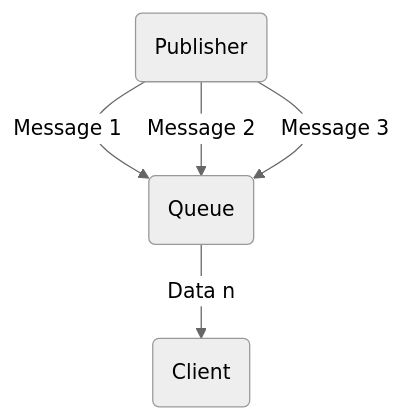
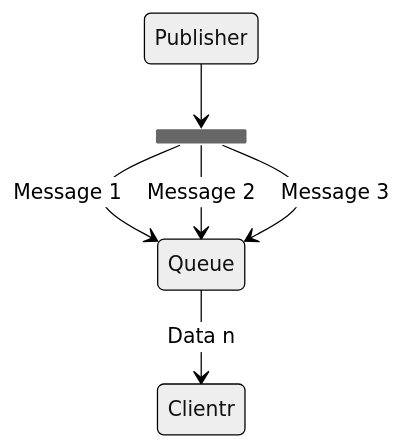
One commit to kanbanyte/sepa changed the third of 4 diagrams in assessments/sadrr.md. Above: the diagram before and after it, drawn with Mermaid (neutral theme).

Commit message:
Change diagram to sugesstion 2

````diff
--- a/assessments/sadrr.md
+++ b/assessments/sadrr.md
@@ -350,13 +350,15 @@
 ```mermaid
-flowchart TB
+stateDiagram
 	%% nodes
-	P(Publisher)
-	Q(Queue)
-	C(Client)
-
+	state "Publisher" as P
+	state "Queue" as Q
+	state "Clientr" as C
+	state fork <<fork>>
+	
 	%% transitions
-	P -->|Message 1| Q
-	P -->|Message 2| Q
-	P -->|Message 3| Q
-	Q -->|Data n| C
+	P --> fork
+	fork --> Q : Message 1
+	fork --> Q : Message 2
+	fork --> Q : Message 3
+	Q --> C : Data n
 ```
````
